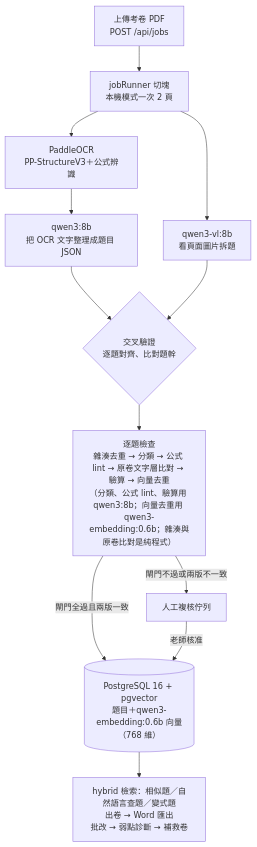
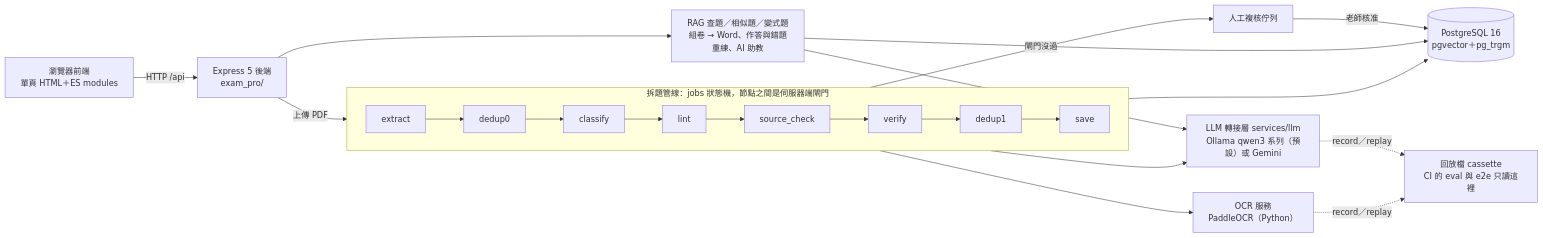
The diagram in README.md (Tom-Yang-Ben/tutor-exam-bank), drawn with Mermaid before and after one commit. The commit also changed other lines of this file and 1 other file, not shown here.

First line of the commit message:
docs(readme): 重構根目錄與 exam_pro 的 README，只留現況重點

````diff
--- a/README.md
+++ b/README.md
@@ -25,14 +13,19 @@
 ```mermaid
-flowchart TD
-    up["上傳考卷 PDF<br/>POST /api/jobs"] --> chunk["jobRunner 切塊<br/>本機模式一次 2 頁"]
-    chunk --> ocr["PaddleOCR<br/>PP-StructureV3＋公式辨識"]
-    chunk --> vlm["qwen3-vl:8b<br/>看頁面圖片拆題"]
-    ocr --> ocrq["qwen3:8b<br/>把 OCR 文字整理成題目 JSON"]
-    ocrq --> xc{"交叉驗證<br/>逐題對齊、比對題幹"}
-    vlm --> xc
-    xc --> nodes["逐題檢查<br/>雜湊去重 → 分類 → 公式 lint → 原卷文字層比對 → 驗算 → 向量去重<br/>（分類、公式 lint、驗算用 qwen3:8b；向量去重用 qwen3-embedding:0.6b；雜湊與原卷比對是純程式）"]
-    nodes -->|"閘門全過且兩版一致"| db[("PostgreSQL 16 + pgvector<br/>題目＋qwen3-embedding:0.6b 向量（768 維）")]
-    nodes -->|"閘門不過或兩版不一致"| review["人工複核佇列"]
-    review -->|"老師核准"| db
-    db --> use["hybrid 檢索：相似題／自然語言查題／變式題<br/>出卷 → Word 匯出<br/>批改 → 弱點診斷 → 補救卷"]
+flowchart LR
+    UI["瀏覽器前端<br/>單頁 HTML＋ES modules"] -->|"HTTP /api"| API["Express 5 後端<br/>exam_pro/"]
+    API -->|"上傳 PDF"| PIPE
+    subgraph PIPE["拆題管線：jobs 狀態機，節點之間是伺服器端閘門"]
+        direction LR
+        N1["extract"] --> N2["dedup0"] --> N3["classify"] --> N4["lint"] --> N5["source_check"] --> N6["verify"] --> N7["dedup1"] --> N8["save"]
+    end
+    N8 --> DB[("PostgreSQL 16<br/>pgvector＋pg_trgm")]
+    PIPE -->|"閘門沒過"| REV["人工複核佇列"]
+    REV -->|"老師核准"| DB
+    API --> APP["RAG 查題／相似題／變式題<br/>組卷 → Word、作答與錯題重練、AI 助教"]
+    APP --> DB
+    N1 --> OCR["OCR 服務<br/>PaddleOCR（Python）"]
+    PIPE --> LLM["LLM 轉接層 services/llm<br/>Ollama qwen3 系列（預設）或 Gemini"]
+    APP --> LLM
+    LLM -.->|"record／replay"| CAS["回放檔 cassette<br/>CI 的 eval 與 e2e 只讀這裡"]
+    OCR -.->|"record／replay"| CAS
 ```
````
